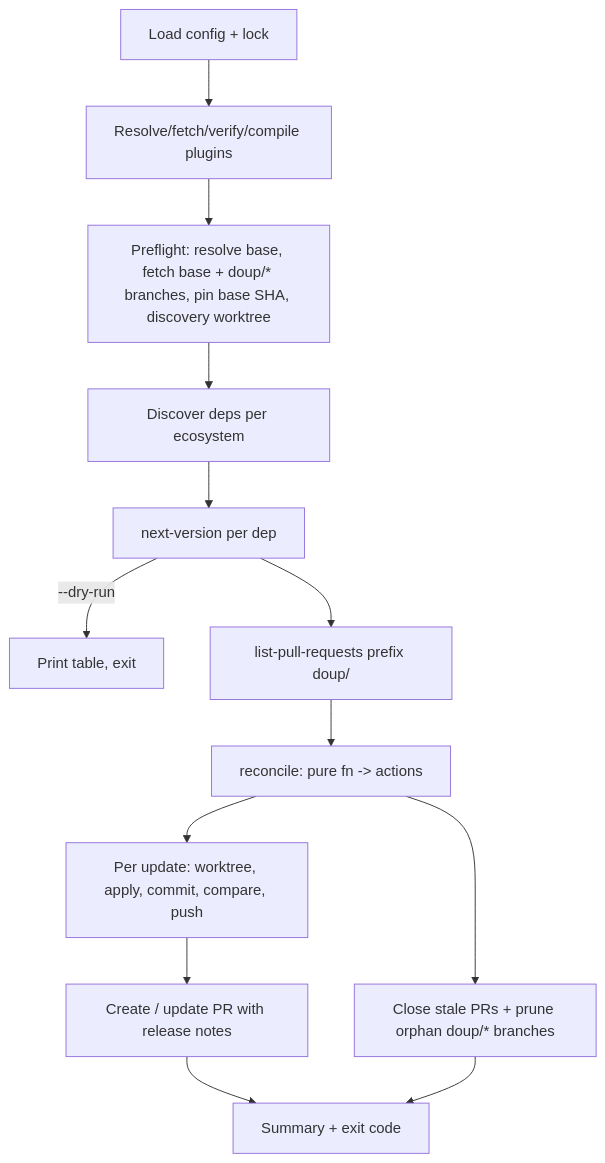
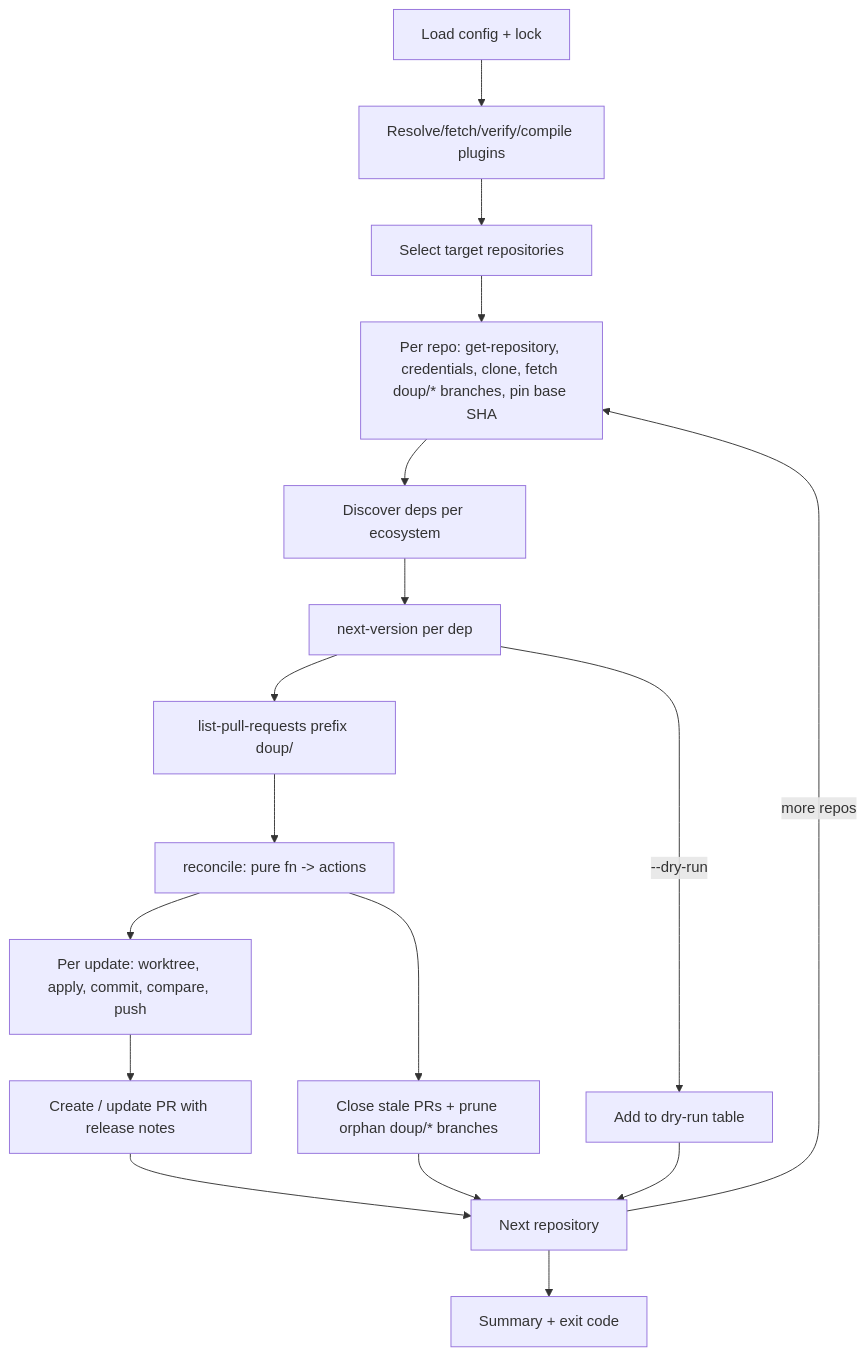
Before and after one commit to brad-jones/doup: the diagram in docs/plans/update-subcommand.md, drawn with Mermaid. The commit also changed other lines of this file, not shown here.

````diff
--- a/docs/plans/update-subcommand.md
+++ b/docs/plans/update-subcommand.md
@@ -504,15 +637,19 @@
 ```mermaid
 flowchart TD
   A[Load config + lock] --> B[Resolve/fetch/verify/compile plugins]
-  B --> C[Preflight: resolve base, fetch base + doup/* branches, pin base SHA, discovery worktree]
+  B --> T[Select target repositories]
+  T --> C[Per repo: get-repository, credentials, clone, fetch doup/* branches, pin base SHA]
   C --> D[Discover deps per ecosystem]
   D --> E[next-version per dep]
-  E -->|--dry-run| R[Print table, exit]
+  E -->|--dry-run| R[Add to dry-run table]
   E --> F[list-pull-requests prefix doup/]
   F --> G[reconcile: pure fn -> actions]
   G --> H[Per update: worktree, apply, commit, compare, push]
   H --> I[Create / update PR with release notes]
   G --> J[Close stale PRs + prune orphan doup/* branches]
-  I --> K[Summary + exit code]
-  J --> K
+  I --> N[Next repository]
+  J --> N
+  R --> N
+  N -->|more repos| C
+  N --> K[Summary + exit code]
 ```
````
